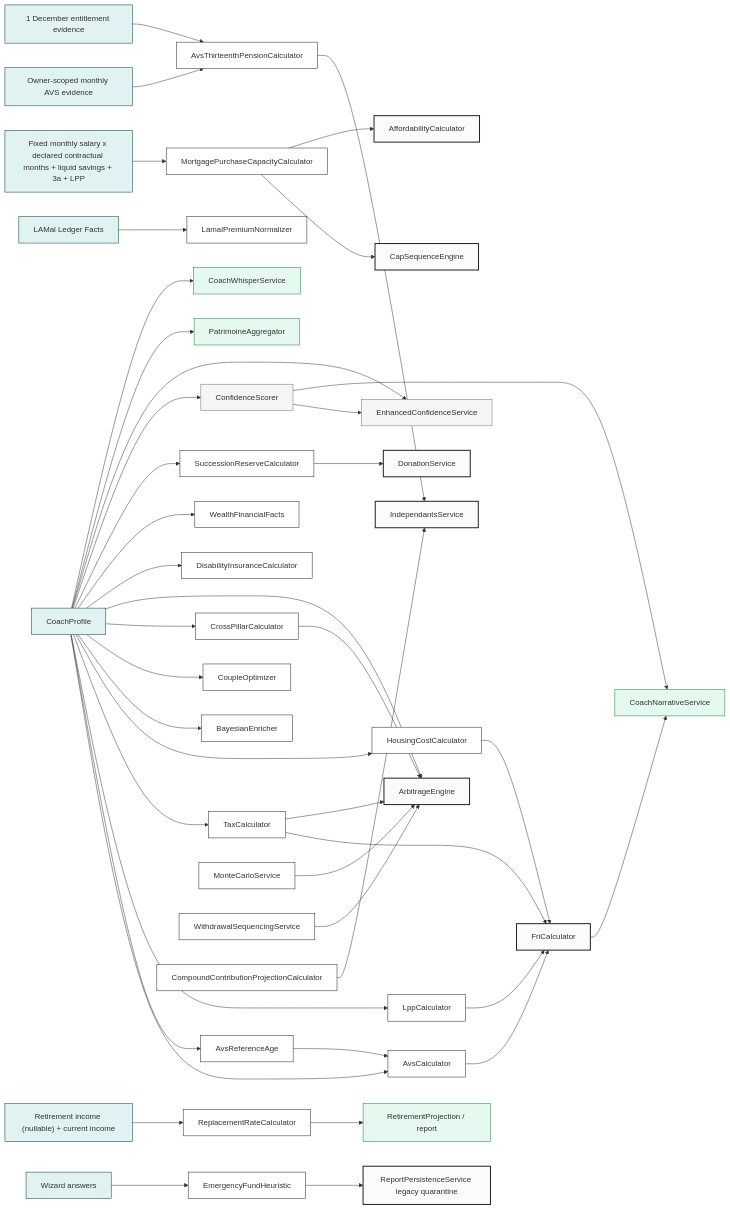
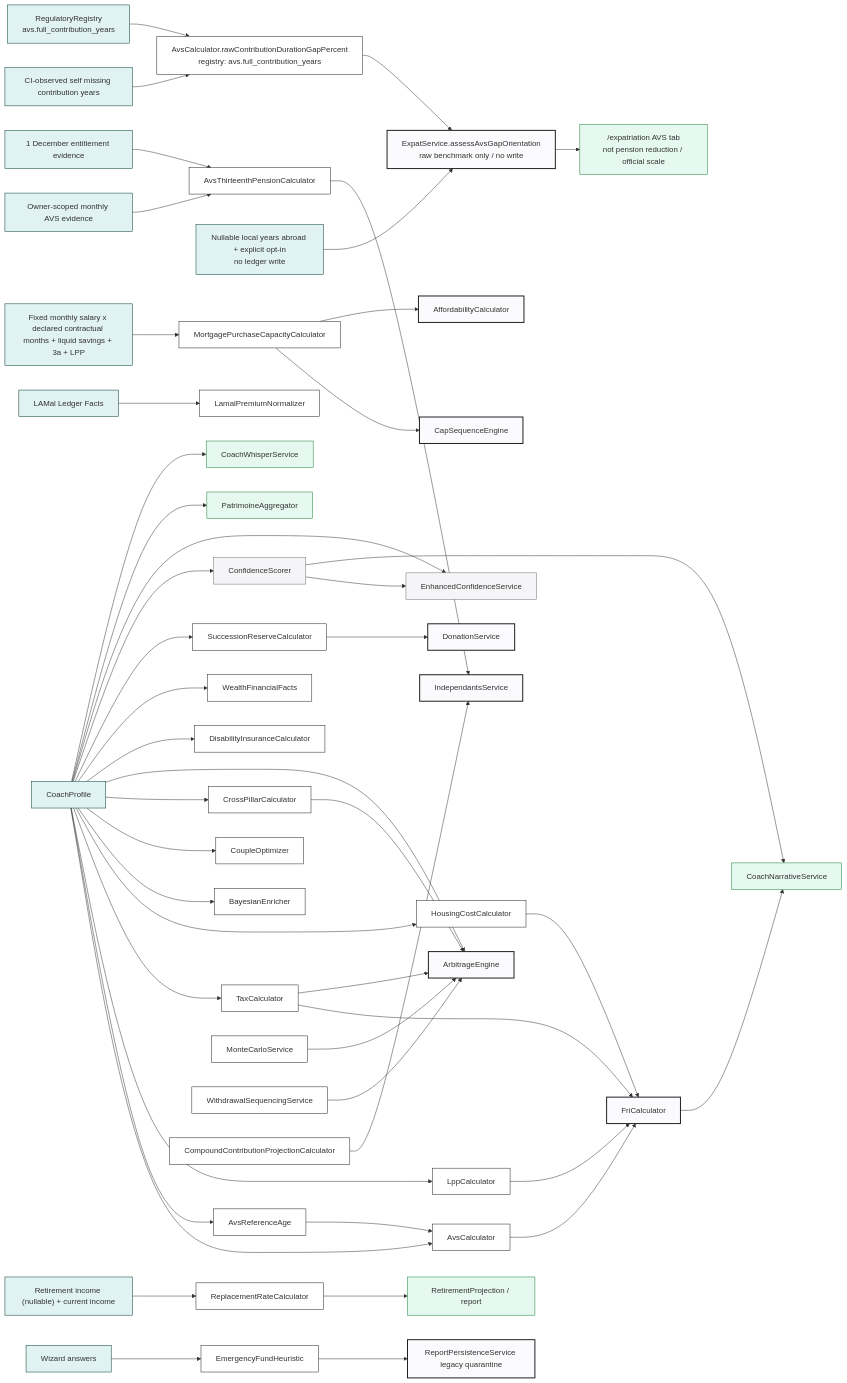
The diagram in docs/calculator-graph.md (MINT-IA/MINT), drawn with Mermaid before and after one commit. The commit also changed other lines of this file and 22 other files, not shown here.

Commit message:
fix(g1): reframe AVS gap ratio as raw benchmark

````diff
--- a/docs/calculator-graph.md
+++ b/docs/calculator-graph.md
@@ -26,58 +26,63 @@
 ```mermaid
 flowchart LR
     PROFILE[CoachProfile]:::profile
 
     PROFILE --> AVS[AvsCalculator]:::calc
     PROFILE --> AVS_REF[AvsReferenceAge]:::calc
     AVS_REF --> AVS
+    CI_OBSERVED["CI-observed self missing contribution years"]:::profile --> AVS_RAW["AvsCalculator.rawContributionDurationGapPercent<br/>registry: avs.full_contribution_years"]:::calc
+    AVS_REGISTRY["RegulatoryRegistry<br/>avs.full_contribution_years"]:::profile --> AVS_RAW
+    AVS_RAW --> EXPAT_AVS["ExpatService.assessAvsGapOrientation<br/>raw benchmark only / no write"]:::composer
+    EXPAT_LOCAL["Nullable local years abroad + explicit opt-in<br/>no ledger write"]:::profile --> EXPAT_AVS
+    EXPAT_AVS --> EXPAT_UI["/expatriation AVS tab<br/>not pension reduction / official scale"]:::ui
     AVS_MONTHS["Owner-scoped monthly AVS evidence"]:::profile --> AVS_13[AvsThirteenthPensionCalculator]:::calc
     AVS_DECEMBER["1 December entitlement evidence"]:::profile --> AVS_13
     AVS_13 --> INDEP
     PROFILE --> LPP[LppCalculator]:::calc
     PROFILE --> TAX[TaxCalculator]:::calc
     PROFILE --> HOUSING[HousingCostCalculator]:::calc
     PURCHASE_FACTS["Fixed monthly salary x declared contractual months + liquid savings + 3a + LPP"]:::profile --> PURCHASE_CAP[MortgagePurchaseCapacityCalculator]:::calc
     PURCHASE_CAP --> CAP_SEQUENCE[CapSequenceEngine]:::composer
     PURCHASE_CAP --> AFFORDABILITY[AffordabilityCalculator]:::composer
     PROFILE --> BAYESIAN[BayesianEnricher]:::calc
 
     AVS --> FRI[FriCalculator]:::composer
     LPP --> FRI
     TAX --> FRI
     HOUSING --> FRI
 
     PROFILE --> COUPLE[CoupleOptimizer]:::calc
     PROFILE --> CROSS[CrossPillarCalculator]:::calc
     PROFILE --> ARB[ArbitrageEngine]:::composer
     CROSS --> ARB
     TAX --> ARB
     PROFILE --> DISABILITY[DisabilityInsuranceCalculator]:::calc
     REPORT_INCOME["Retirement income (nullable) + current income"]:::profile --> REPLACEMENT[ReplacementRateCalculator]:::calc
     REPLACEMENT --> RETIREMENT_REPORT["RetirementProjection / report"]:::ui
     WIZARD[Wizard answers]:::profile --> EMERGENCY[EmergencyFundHeuristic]:::calc
     EMERGENCY --> PERSIST[ReportPersistenceService legacy quarantine]:::composer
     PROFILE --> WEALTH[WealthFinancialFacts]:::calc
     PROFILE --> SUCCESSION[SuccessionReserveCalculator]:::calc
     LAMAL_FACTS[LAMal Ledger Facts]:::profile --> LAMAL[LamalPremiumNormalizer]:::calc
 
     PROFILE --> CONF[ConfidenceScorer]:::score
     PROFILE --> CONF_ENH[EnhancedConfidenceService]:::score
     CONF --> CONF_ENH
 
     PROFILE --> PAT[PatrimoineAggregator]:::ui
     PROFILE --> WHISPER[CoachWhisperService]:::ui
 
     FRI --> NAR[CoachNarrativeService]:::ui
     CONF --> NAR
 
     MC[MonteCarloService]:::calc --> ARB
     WITHDRAW[WithdrawalSequencingService]:::calc --> ARB
     COMPOUND[CompoundContributionProjectionCalculator]:::calc --> INDEP[IndependantsService]:::composer
     SUCCESSION --> DONATION[DonationService]:::composer
 
     classDef profile fill:#E0F2F1,stroke:#00382E
     classDef calc fill:#FFF,stroke:#1D1D1F
     classDef composer fill:#FBFBFD,stroke:#1D1D1F,stroke-width:2px
     classDef score fill:#F5F5F7,stroke:#6E6E73
     classDef ui fill:#E6F9F0,stroke:#157B35
 ```
````
